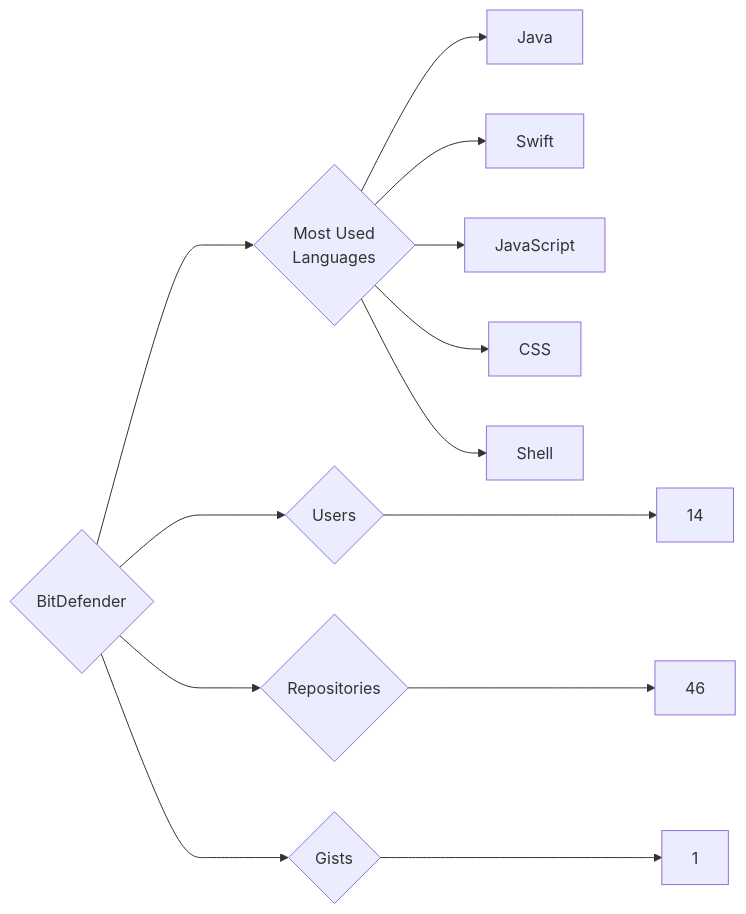
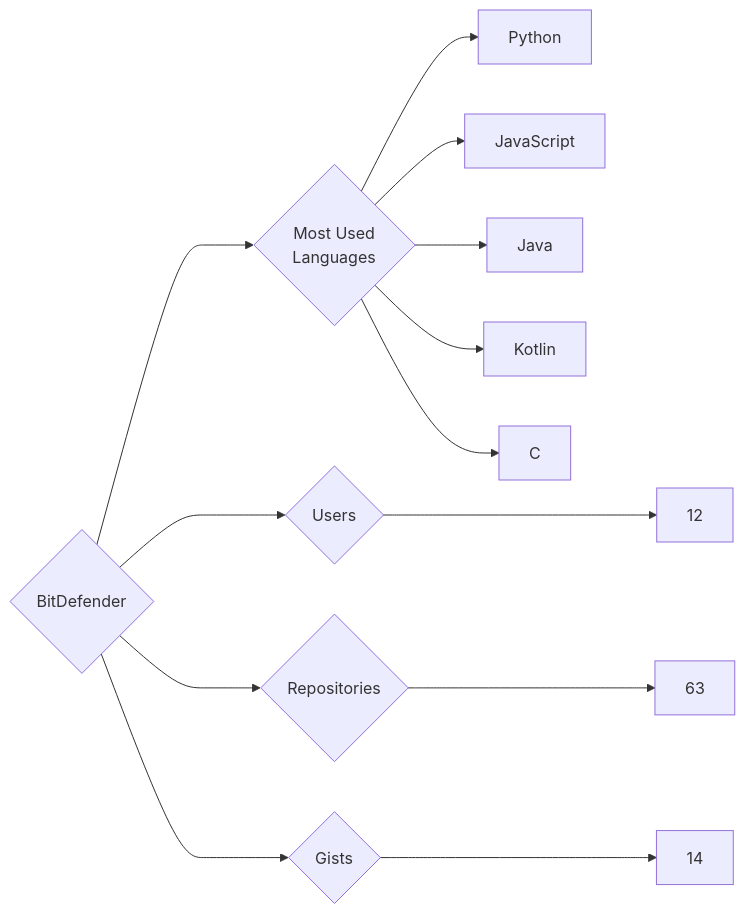
One commit to trickest/insiders changed the diagram in targets/BitDefender/README.md. Above: the diagram before and after it, drawn with Mermaid. The commit also changed 749 other files, not shown here.

````diff
--- a/targets/BitDefender/README.md
+++ b/targets/BitDefender/README.md
@@ -3,13 +3,13 @@
 ```mermaid
 graph LR
 COMPANY_NAME{BitDefender}
-COMPANY_NAME ---> U{Users} ---> UN[14]
-COMPANY_NAME ---> R{Repositories} ---> RN[46]
-COMPANY_NAME ---> G{Gists} ---> GN[1]
+COMPANY_NAME ---> U{Users} ---> UN[12]
+COMPANY_NAME ---> R{Repositories} ---> RN[63]
+COMPANY_NAME ---> G{Gists} ---> GN[14]
 COMPANY_NAME ---> ML{Most Used<br>Languages}
+ML --> Python[Python]
+ML --> JavaScript[JavaScript]
 ML --> Java[Java]
-ML --> Swift[Swift]
-ML --> JavaScript[JavaScript]
-ML --> CSS[CSS]
-ML --> Shell[Shell]
+ML --> Kotlin[Kotlin]
+ML --> C[C]
 ```
````
